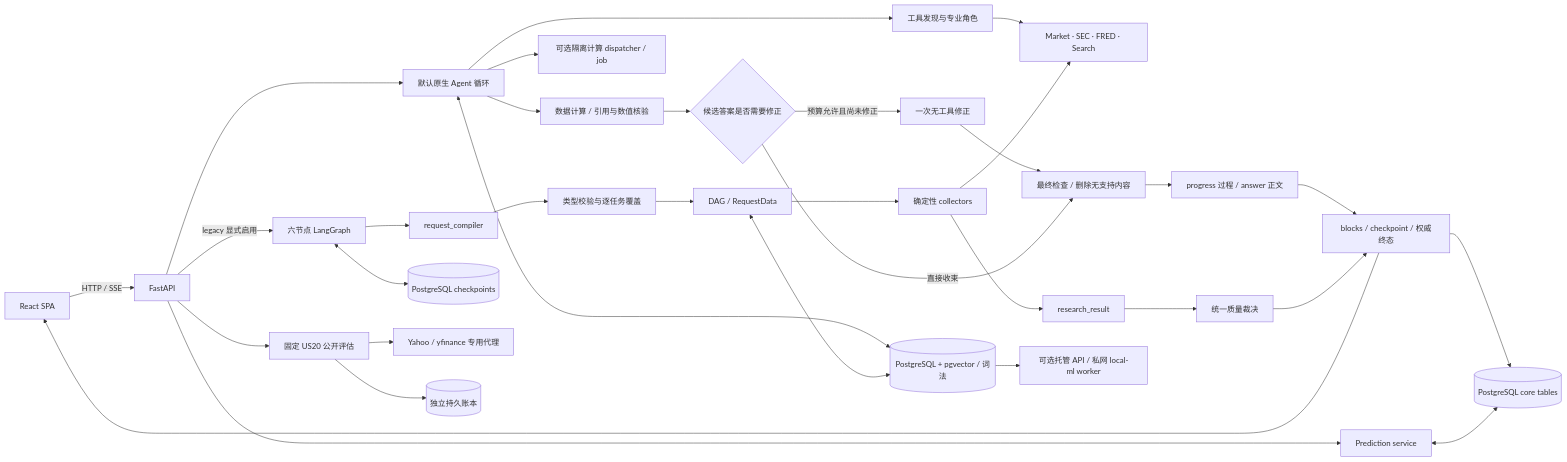
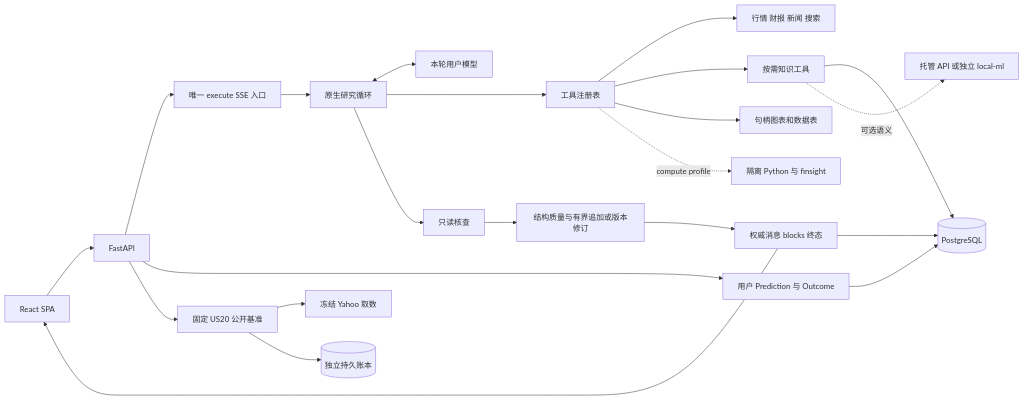
Before and after one commit to kkkano/FinSight: the first of 2 diagrams in docs/01_ARCHITECTURE.md, drawn with Mermaid. The commit also changed other lines of this file and 62 other files, not shown here.

Commit message:
refresh architecture contracts and verified documentation diagrams

````diff
--- a/docs/01_ARCHITECTURE.md
+++ b/docs/01_ARCHITECTURE.md
@@ -15,35 +13,24 @@
 ```mermaid
 flowchart LR
-    WEB[React SPA] -->|HTTP / SSE| API[FastAPI]
-    API --> NATIVE[默认原生 Agent 循环]
-    NATIVE --> DISCOVER[工具发现与专业角色]
-    DISCOVER --> TOOL[Market · SEC · FRED · Search]
-    NATIVE --> GROUND[数据计算 / 引用与数值核验]
-    GROUND --> CHECK{候选答案是否需要修正}
-    CHECK -->|预算允许且尚未修正| REPAIR[一次无工具修正]
-    REPAIR --> FINAL[最终检查 / 删除无支持内容]
-    CHECK -->|直接收束| FINAL
-    FINAL --> PHASE[progress 过程 / answer 正文]
-    PHASE --> SAVE[blocks / checkpoint / 权威终态]
-    NATIVE --> COMPUTE[可选隔离计算 dispatcher / job]
-    NATIVE <--> RAG[(PostgreSQL + pgvector / 词法)]
-    API -->|legacy 显式启用| GRAPH[六节点 LangGraph]
-    GRAPH --> REQUEST[request_compiler]
-    REQUEST --> PLAN[类型校验与逐任务覆盖]
-    PLAN --> EXEC[DAG / RequestData]
-    EXEC --> COLLECT[确定性 collectors]
-    COLLECT --> RESULT[research_result]
-    RESULT --> QUALITY[统一质量裁决]
-    QUALITY --> SAVE
+    WEB[React SPA] --> API[FastAPI]
+    API --> EXEC[唯一 execute SSE 入口]
+    EXEC --> LOOP[原生研究循环]
+    LOOP <--> MODEL[本轮用户模型]
+    LOOP --> REG[工具注册表]
+    REG --> DATA[行情 财报 新闻 搜索]
+    REG --> RAG[按需知识工具]
+    REG --> ART[句柄图表和数据表]
+    REG -. compute profile .-> PY[隔离 Python 与 finsight]
+    LOOP --> REVIEW[只读核查]
+    REVIEW --> DELIVERY[结构质量与有界追加或版本修订]
+    DELIVERY --> SAVE[权威消息 blocks 终态]
     SAVE --> WEB
-    SAVE --> CORE
-    API --> PRED[Prediction service]
-    COLLECT --> TOOL
-    EXEC <--> RAG
-    RAG --> EMBED[可选托管 API / 私网 local-ml worker]
-    GRAPH <--> CP[(PostgreSQL checkpoints)]
-    PRED <--> CORE[(PostgreSQL core tables)]
-    API --> BENCH[固定 US20 公开评估]
-    BENCH --> YAHOO[Yahoo / yfinance 专用代理]
+    SAVE --> PG[(PostgreSQL)]
+    RAG --> PG
+    RAG -. 可选语义 .-> EMBED[托管 API 或独立 local-ml]
+    API --> USERPRED[用户 Prediction 与 Outcome]
+    USERPRED --> PG
+    API --> BENCH[固定 US20 公开基准]
+    BENCH --> YAHOO[冻结 Yahoo 取数]
     BENCH --> LEDGER[(独立持久账本)]
 ```
````
